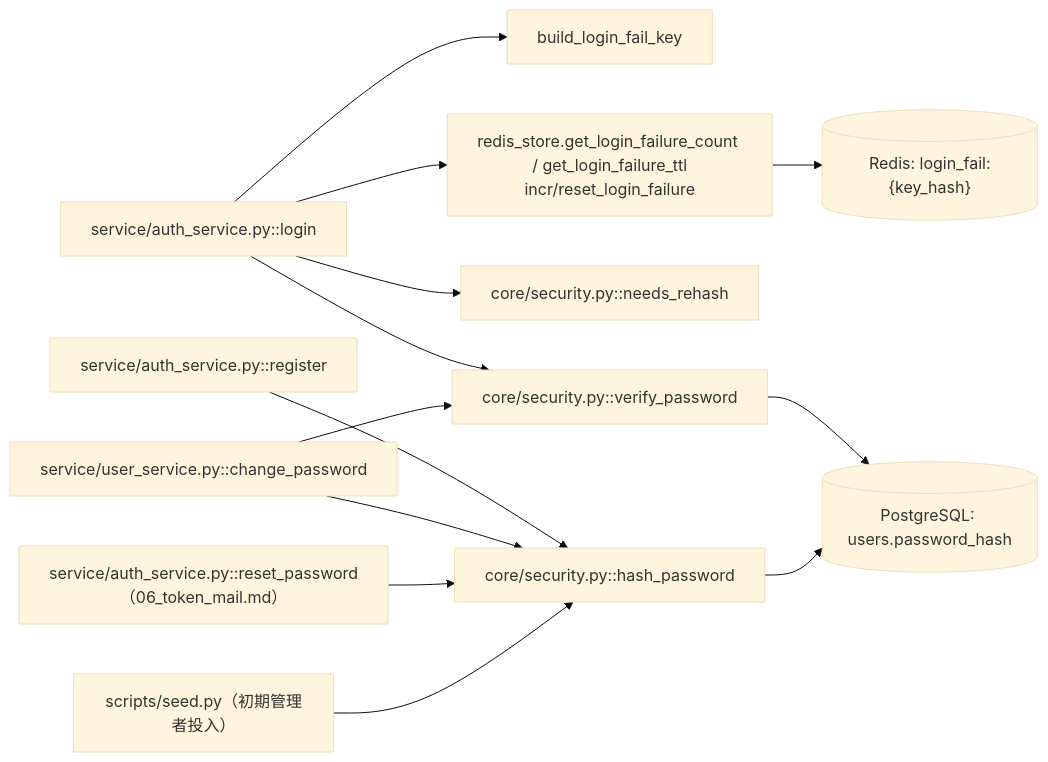
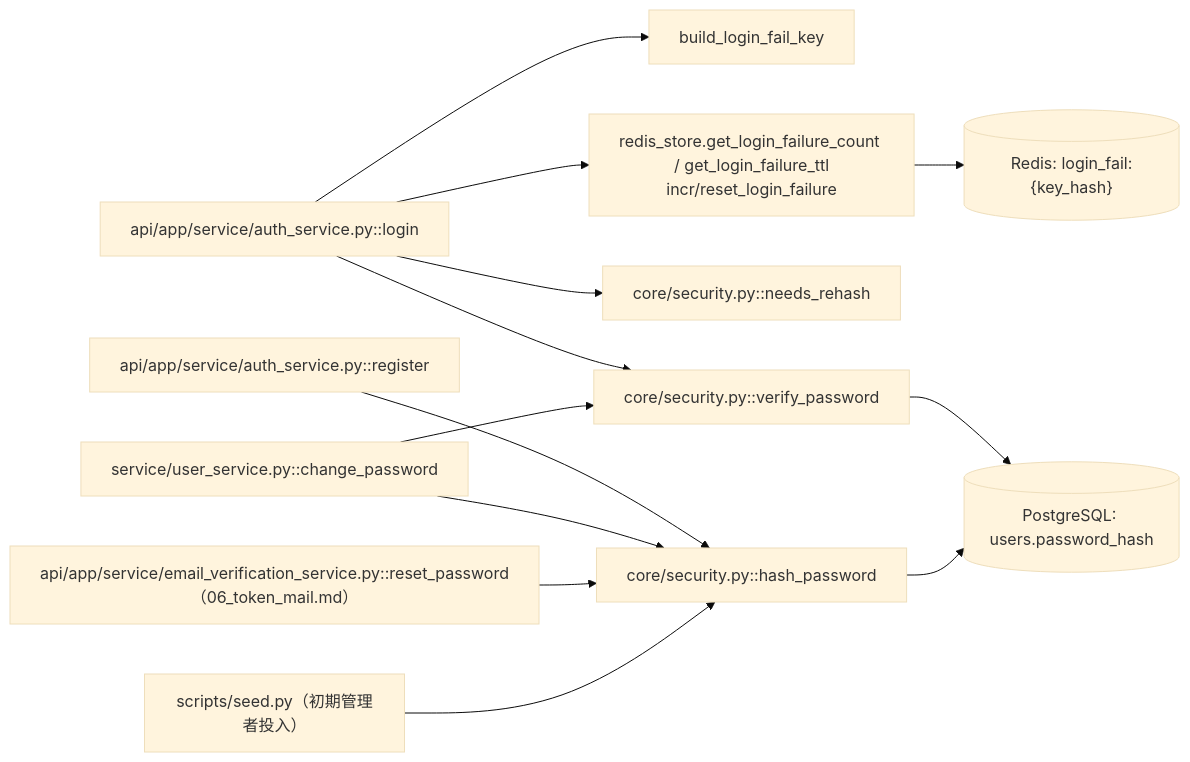
Before and after one commit to oikawa-d/task_management: the fifth of 5 diagrams in docs/detailed_design/auth/07_password_security.md, drawn with Mermaid (base theme). The commit also changed other lines of this file and 29 other files, not shown here.

````diff
--- a/docs/detailed_design/auth/07_password_security.md
+++ b/docs/detailed_design/auth/07_password_security.md
@@ -224,17 +224,17 @@
 ```mermaid
 flowchart LR
-    LOGINSVC["service/auth_service.py::login"] --> BUILDKEY["build_login_fail_key"]
+    LOGINSVC["api/app/service/auth_service.py::login"] --> BUILDKEY["build_login_fail_key"]
     LOGINSVC --> SEC1["core/security.py::verify_password"]
     LOGINSVC --> SEC2["core/security.py::needs_rehash"]
     LOGINSVC --> RS1["redis_store.get_login_failure_count / get_login_failure_ttl<br/>incr/reset_login_failure"]
 
-    REGSVC["service/auth_service.py::register"] --> SEC3["core/security.py::hash_password"]
+    REGSVC["api/app/service/auth_service.py::register"] --> SEC3["core/security.py::hash_password"]
     PWCHANGESVC["service/user_service.py::change_password"] --> SEC1
     PWCHANGESVC --> SEC3
-    RESETPWSVC["service/auth_service.py::reset_password<br/>（06_token_mail.md）"] --> SEC3
+    RESETPWSVC["api/app/service/email_verification_service.py::reset_password<br/>（06_token_mail.md）"] --> SEC3
     SEEDSCRIPT["scripts/seed.py（初期管理者投入）"] --> SEC3
 
     RS1 --> RD[("Redis: login_fail:{key_hash}")]
     SEC1 --> USERSTBL[("PostgreSQL: users.password_hash")]
     SEC3 --> USERSTBL
 ```
````
